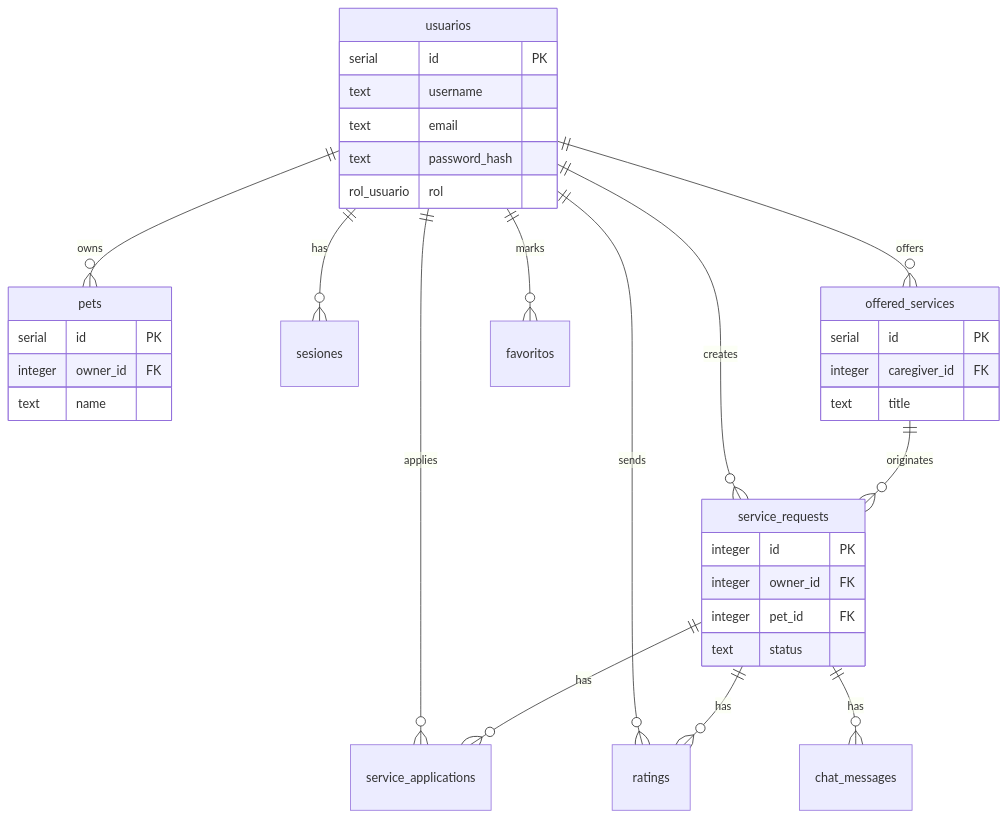
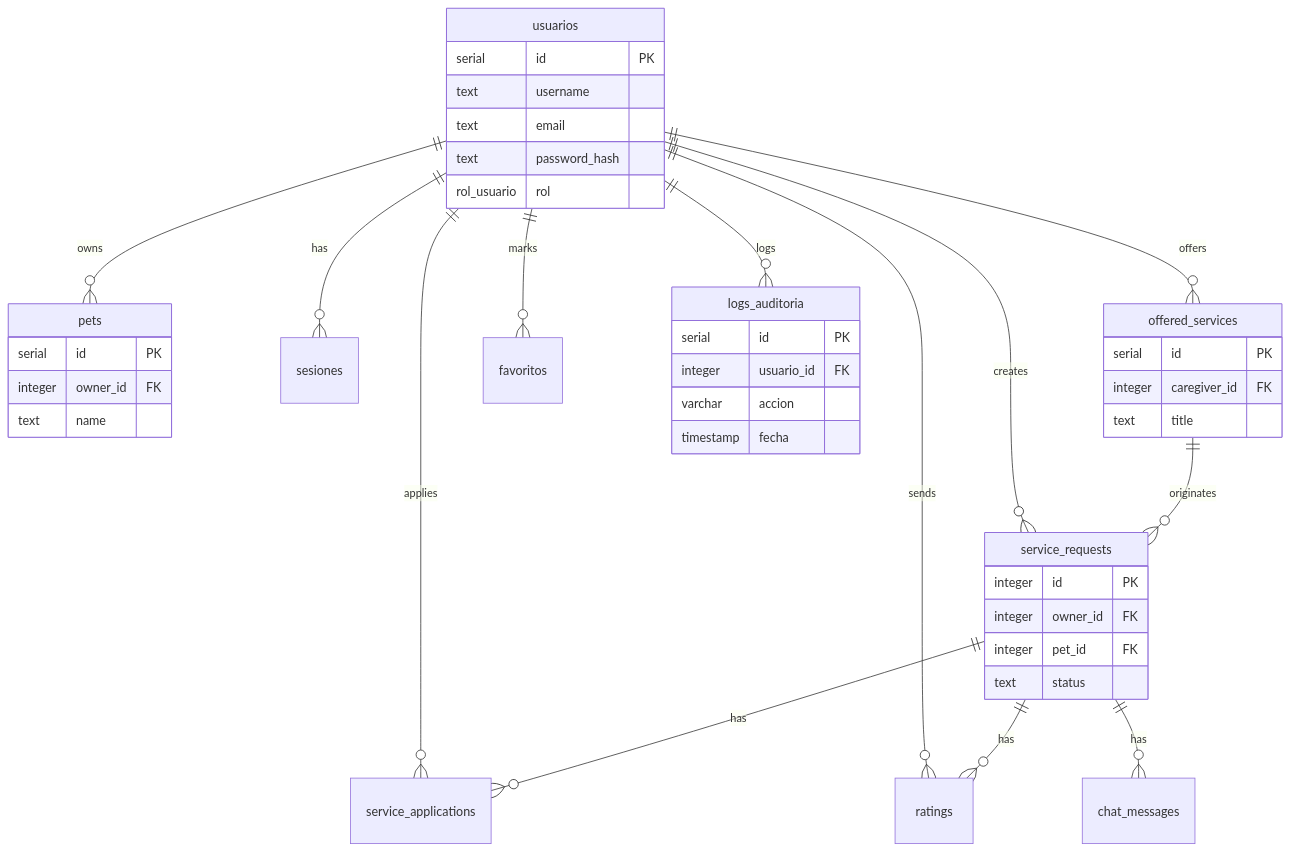
One commit to VanessaA1A/petcare-bd changed the diagram in README.md. Above: the diagram before and after it, drawn with Mermaid. The commit also changed other lines of this file and 4 other files, not shown here.

Commit message:
feat(db): agregar logs_auditoria, migracion 009 y seeds completos para todas las tablas

````diff
--- a/README.md
+++ b/README.md
@@ -196,41 +211,49 @@
 ```mermaid
 erDiagram
     usuarios ||--o{ pets : owns
     usuarios ||--o{ sesiones : has
     usuarios ||--o{ service_requests : creates
     usuarios ||--o{ offered_services : offers
     usuarios ||--o{ service_applications : applies
     usuarios ||--o{ ratings : sends
     usuarios ||--o{ favoritos : marks
+    usuarios ||--o{ logs_auditoria : logs
     service_requests ||--o{ service_applications : has
     service_requests ||--o{ ratings : has
     service_requests ||--o{ chat_messages : has
     offered_services ||--o{ service_requests : originates
 
     usuarios {
         serial id PK
         text username
         text email
         text password_hash
         rol_usuario rol
     }
 
     pets {
         serial id PK
         integer owner_id FK
         text name
     }
 
     service_requests {
         integer id PK
         integer owner_id FK
         integer pet_id FK
         text status
     }
 
     offered_services {
         serial id PK
         integer caregiver_id FK
         text title
     }
+
+    logs_auditoria {
+        serial id PK
+        integer usuario_id FK
+        varchar accion
+        timestamp fecha
+    }
 ```
````
